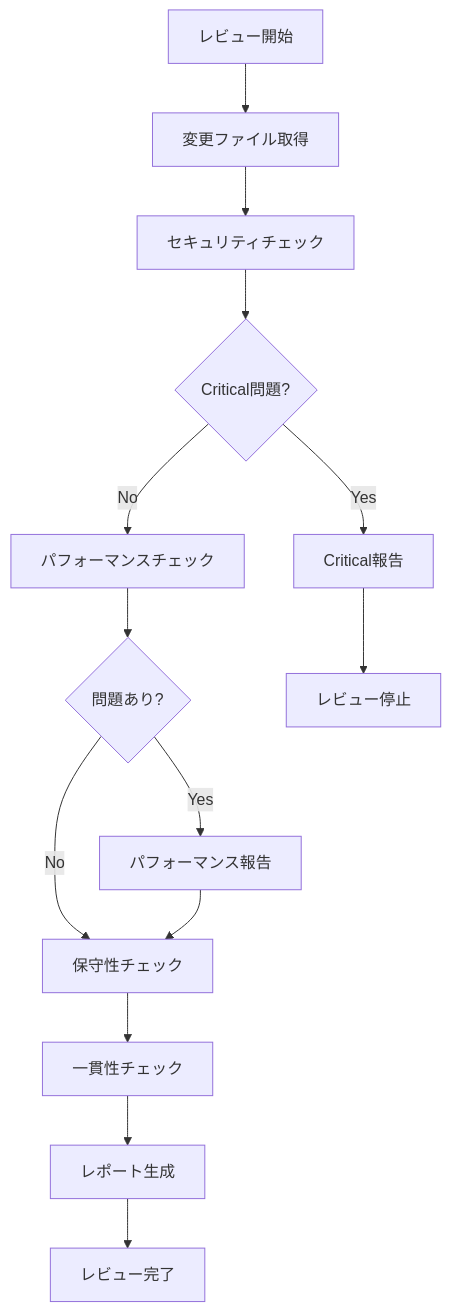
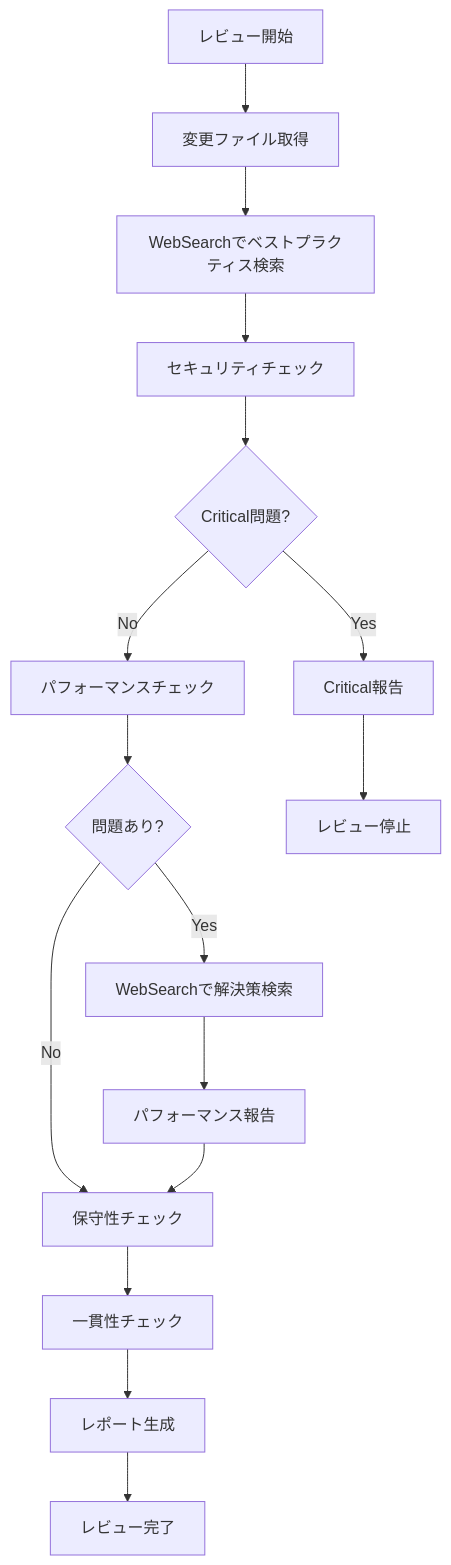
The diagram in .claude/agents/code-reviewer.md (knishioka/simple-bookkeeping), drawn with Mermaid before and after one commit. The commit also changed other lines of this file and 2 other files, not shown here.

First line of the commit message:
feat: enhance resolve-gh-issue workflow with WebSearch integration (#339)

````diff
--- a/.claude/agents/code-reviewer.md
+++ b/.claude/agents/code-reviewer.md
@@ -68,20 +97,22 @@
 ```mermaid
 graph TD
     Start[レビュー開始] --> GetChanges[変更ファイル取得]
-    GetChanges --> SecurityCheck[セキュリティチェック]
+    GetChanges --> WebSearch[WebSearchでベストプラクティス検索]
+    WebSearch --> SecurityCheck[セキュリティチェック]
 
     SecurityCheck --> SecurityIssue{Critical問題?}
     SecurityIssue -->|Yes| ReportCritical[Critical報告]
     SecurityIssue -->|No| PerfCheck[パフォーマンスチェック]
 
     PerfCheck --> PerfIssue{問題あり?}
-    PerfIssue -->|Yes| ReportPerf[パフォーマンス報告]
+    PerfIssue -->|Yes| WebSearchFix[WebSearchで解決策検索]
+    WebSearchFix --> ReportPerf[パフォーマンス報告]
     PerfIssue -->|No| MaintCheck[保守性チェック]
 
     MaintCheck --> ConsistCheck[一貫性チェック]
     ConsistCheck --> GenerateReport[レポート生成]
 
     ReportCritical --> StopReview[レビュー停止]
     ReportPerf --> MaintCheck
     GenerateReport --> Complete[レビュー完了]
 ```
````
